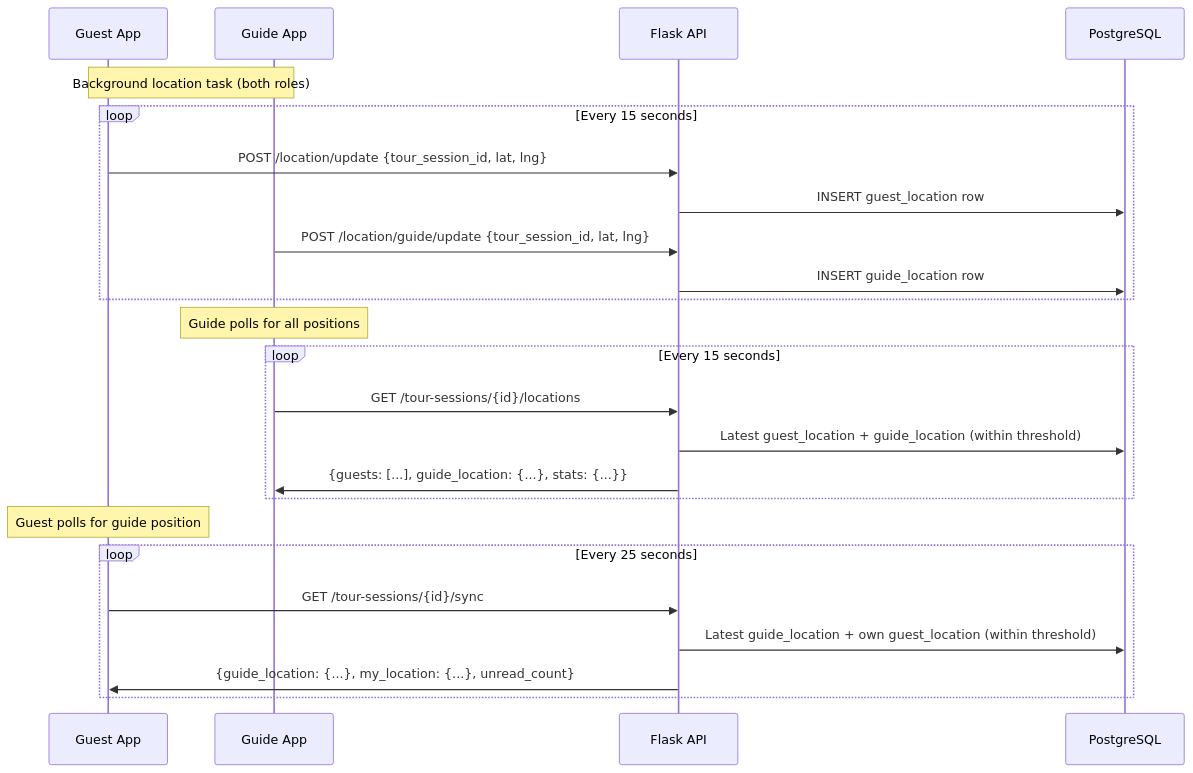
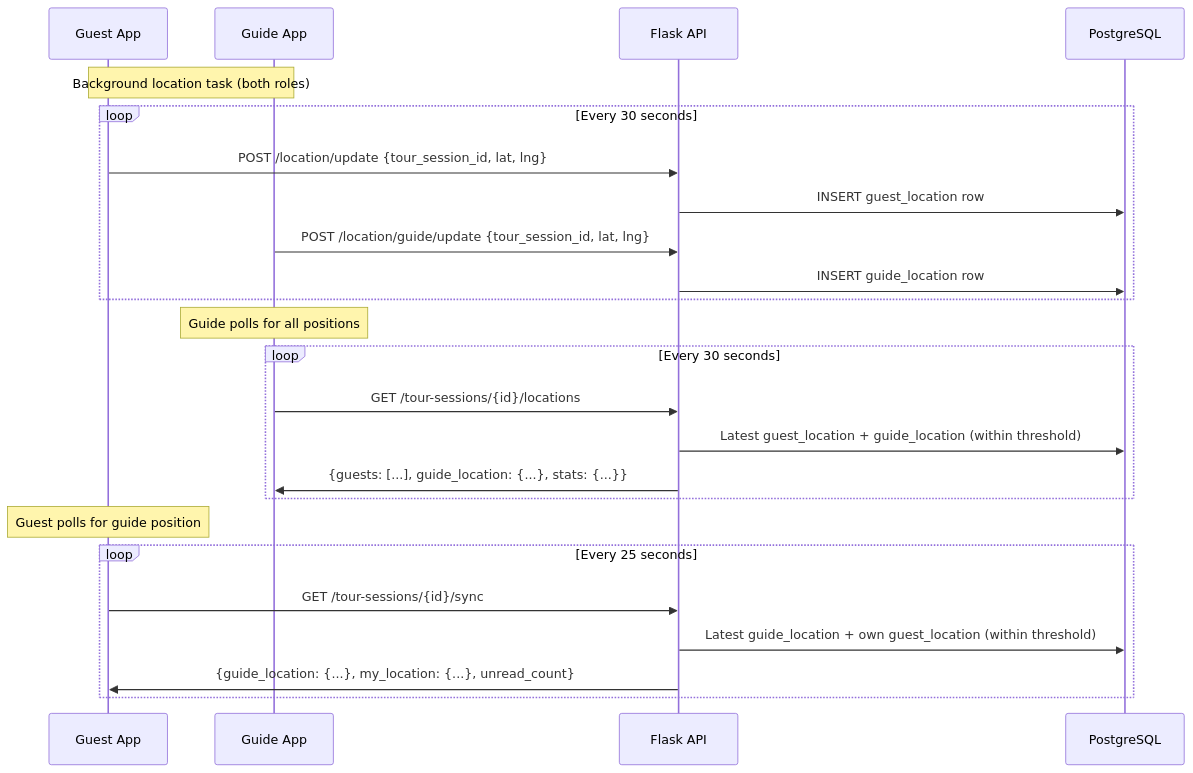
The fifth of 5 diagrams in 9d_feature_location_tracking.md (wariya-placehub/triptoe-docs), drawn with Mermaid before and after one commit. The commit also changed other lines of this file and 22 other files, not shown here.

````diff
--- a/9d_feature_location_tracking.md
+++ b/9d_feature_location_tracking.md
@@ -338,29 +392,29 @@
 ```mermaid
 sequenceDiagram
     participant Guest as Guest App
     participant Guide as Guide App
     participant API as Flask API
     participant DB as PostgreSQL
 
     Note over Guest, Guide: Background location task (both roles)
-    loop Every 15 seconds
+    loop Every 30 seconds
         Guest->>API: POST /location/update {tour_session_id, lat, lng}
         API->>DB: INSERT guest_location row
         Guide->>API: POST /location/guide/update {tour_session_id, lat, lng}
         API->>DB: INSERT guide_location row
     end
 
     Note over Guide: Guide polls for all positions
-    loop Every 15 seconds
+    loop Every 30 seconds
         Guide->>API: GET /tour-sessions/{id}/locations
         API->>DB: Latest guest_location + guide_location (within threshold)
         API->>Guide: {guests: [...], guide_location: {...}, stats: {...}}
     end
 
     Note over Guest: Guest polls for guide position
     loop Every 25 seconds
         Guest->>API: GET /tour-sessions/{id}/sync
         API->>DB: Latest guide_location + own guest_location (within threshold)
         API->>Guest: {guide_location: {...}, my_location: {...}, unread_count}
     end
 ```
````
